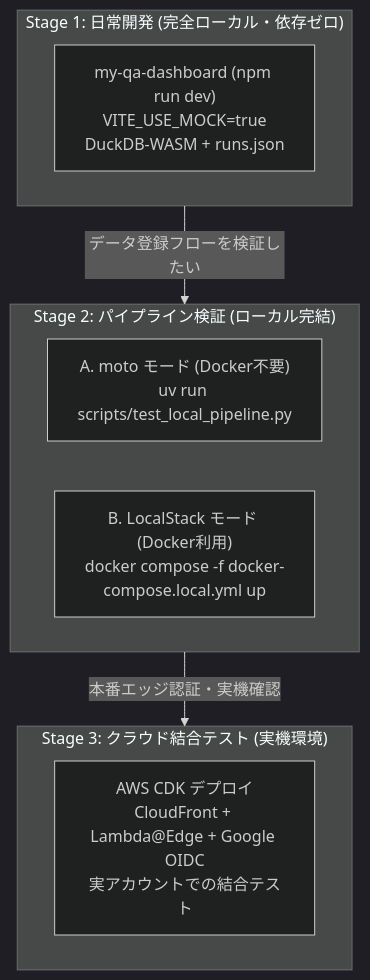
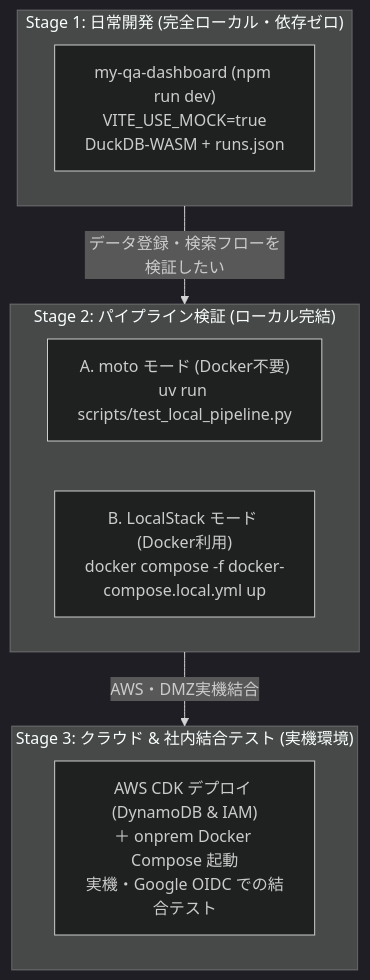
One commit to y-akahori-ramen/game-db changed the diagram in README.md. Above: the diagram before and after it, drawn with Mermaid (dark theme). The commit also changed other lines of this file and 10 other files, not shown here.

First line of the commit message:
refactor: remove obsolete infra/lambda and align docs/pipeline test with on-premises architecture

````diff
--- a/README.md
+++ b/README.md
@@ -73,18 +73,18 @@
 ```mermaid
 graph TD
     subgraph Stage1 ["Stage 1: 日常開発 (完全ローカル・依存ゼロ)"]
         S1["my-qa-dashboard (npm run dev)<br/>VITE_USE_MOCK=true<br/>DuckDB-WASM + runs.json"]
     end
 
     subgraph Stage2 ["Stage 2: パイプライン検証 (ローカル完結)"]
         S2_1["A. moto モード (Docker不要)<br/>uv run scripts/test_local_pipeline.py"]
         S2_2["B. LocalStack モード (Docker利用)<br/>docker compose -f docker-compose.local.yml up"]
     end
 
-    subgraph Stage3 ["Stage 3: クラウド結合テスト (実機環境)"]
-        S3["AWS CDK デプロイ<br/>CloudFront + Lambda@Edge + Google OIDC<br/>実アカウントでの結合テスト"]
+    subgraph Stage3 ["Stage 3: クラウド & 社内結合テスト (実機環境)"]
+        S3["AWS CDK デプロイ (DynamoDB & IAM)<br/>＋ onprem Docker Compose 起動<br/>実機・Google OIDC での結合テスト"]
     end
 
-    Stage1 -->|"データ登録フローを検証したい"| Stage2
-    Stage2 -->|"本番エッジ認証・実機確認"| Stage3
+    Stage1 -->|"データ登録・検索フローを検証したい"| Stage2
+    Stage2 -->|"AWS・DMZ実機結合"| Stage3
 ```
````
